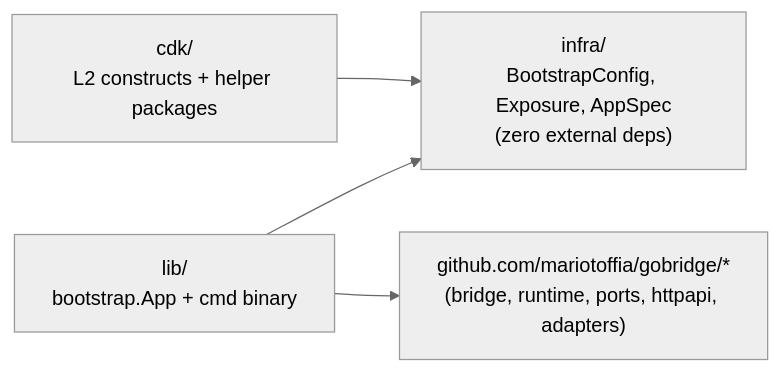
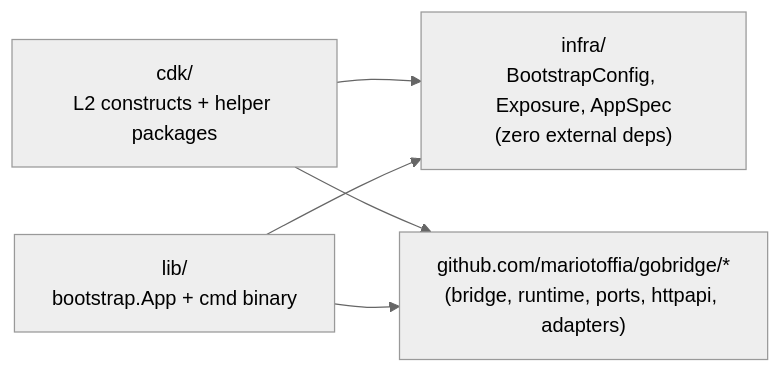
One commit to mariotoffia/gobridge changed the first of 4 diagrams in deployment/aws-filebased-config/ARCHITECTURE.md. Above: the diagram before and after it, drawn with Mermaid (neutral theme). The commit also changed other lines of this file and 12 other files, not shown here.

````diff
--- a/deployment/aws-filebased-config/ARCHITECTURE.md
+++ b/deployment/aws-filebased-config/ARCHITECTURE.md
@@ -28,11 +24,12 @@
 ```mermaid
 flowchart LR
     INFRA["infra/<br/>BootstrapConfig, Exposure, AppSpec<br/>(zero external deps)"]
     CDK["cdk/<br/>L2 constructs + helper packages"]
     LIB["lib/<br/>bootstrap.App + cmd binary"]
     CORE["github.com/mariotoffia/gobridge/*<br/>(bridge, runtime, ports, httpapi, adapters)"]
 
     CDK --> INFRA
+    CDK --> CORE
     LIB --> INFRA
     LIB --> CORE
 ```
````
